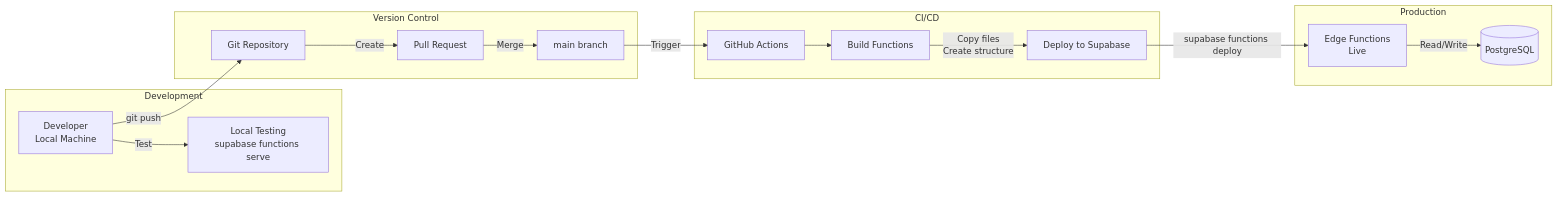
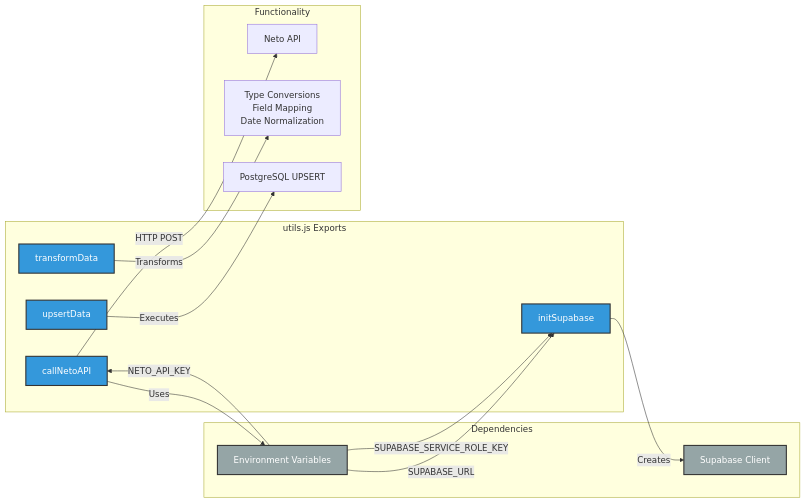
The fourth of 13 diagrams in ARCHITECTURE_DIAGRAMS.md (lumberjack-so/neto-export), drawn with Mermaid before and after one commit. The commit also changed other lines of this file and 3 other files, not shown here.

````diff
--- a/ARCHITECTURE_DIAGRAMS.md
+++ b/ARCHITECTURE_DIAGRAMS.md
@@ -96,34 +225,32 @@
 ```mermaid
 graph LR
-    subgraph "Development"
-        DEV[Developer<br/>Local Machine]
-        LOCAL[Local Testing<br/>supabase functions serve]
+    subgraph "utils.js Exports"
+        I[initSupabase]
+        C[callNetoAPI]
+        T[transformData]
+        U[upsertData]
     end
+
+    subgraph "Dependencies"
+        SC[Supabase Client]
+        ENV[Environment Variables]
+    end
+
+    subgraph "Functionality"
+        I --> |Creates| SC
+        C --> |Uses| ENV
+        C --> |HTTP POST| API[Neto API]
+        T --> |Transforms| TD[Type Conversions<br/>Field Mapping<br/>Date Normalization]
+        U --> |Executes| SQL[PostgreSQL UPSERT]
+    end
+
+    ENV --> |SUPABASE_URL| I
+    ENV --> |SUPABASE_SERVICE_ROLE_KEY| I
+    ENV --> |NETO_API_KEY| C
+
+    classDef exportClass fill:#3498db,stroke:#333,stroke-width:2px,color:#fff
+    classDef depClass fill:#95a5a6,stroke:#333,stroke-width:2px,color:#fff
     
-    subgraph "Version Control"
-        GIT[Git Repository]
-        PR[Pull Request]
-        MAIN[main branch]
-    end
-    
-    subgraph "CI/CD"
-        GHA[GitHub Actions]
-        BUILD[Build Functions]
-        DEPLOY[Deploy to Supabase]
-    end
-    
-    subgraph "Production"
-        EDGE[Edge Functions<br/>Live]
-        DB[(PostgreSQL)]
-    end
-    
-    DEV -->|Test| LOCAL
-    DEV -->|git push| GIT
-    GIT -->|Create| PR
-    PR -->|Merge| MAIN
-    MAIN -->|Trigger| GHA
-    GHA --> BUILD
-    BUILD -->|Copy files<br/>Create structure| DEPLOY
-    DEPLOY -->|supabase functions deploy| EDGE
-    EDGE -->|Read/Write| DB
+    class I,C,T,U exportClass
+    class SC,ENV depClass
 ```
````
